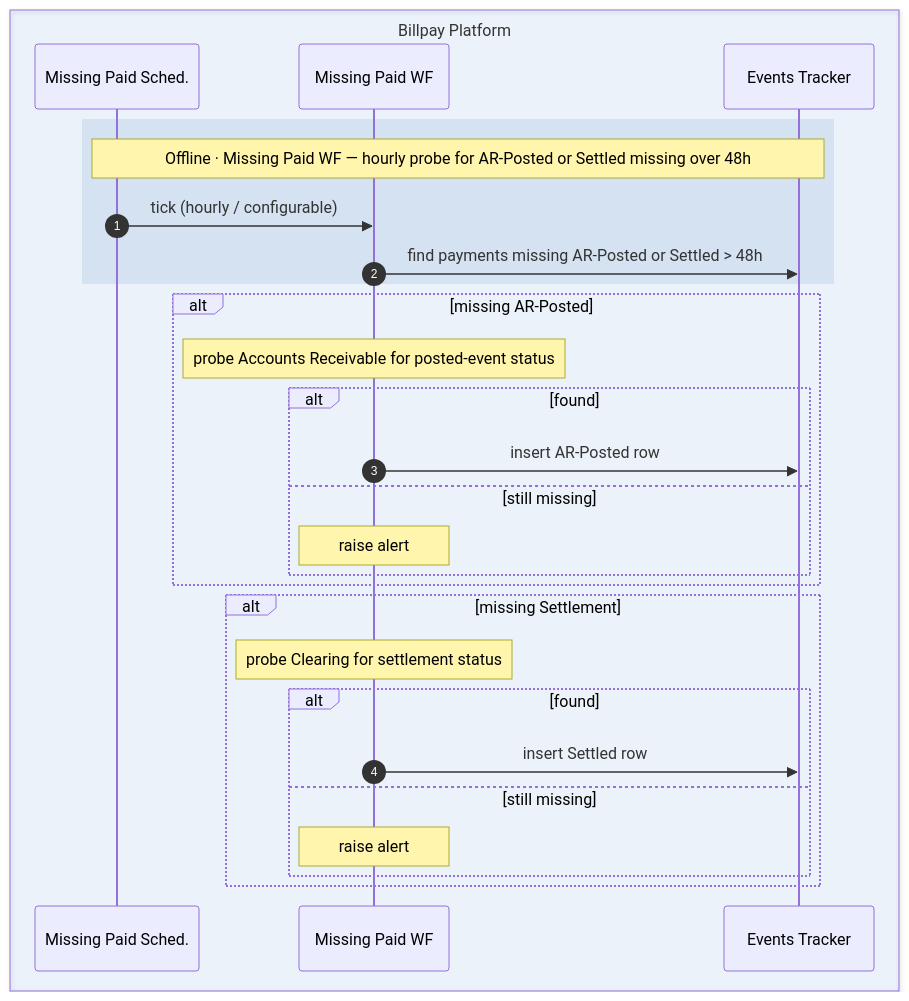
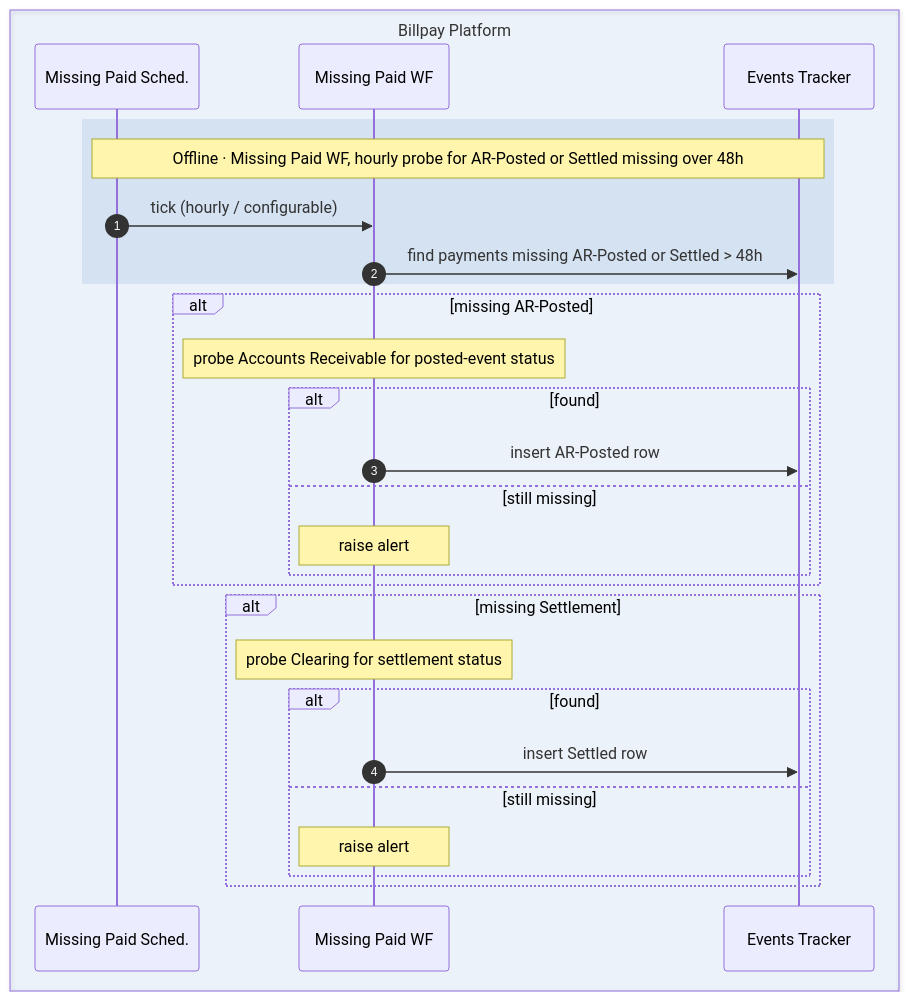
Before and after one commit to arunav-bhattacharya/billpay-book: diagram 11 of 12 in website/docs/design/diagrams/sequence-diagram.md, drawn with Mermaid. The commit also changed other lines of this file and 95 other files, not shown here.

````diff
--- a/website/docs/design/diagrams/sequence-diagram.md
+++ b/website/docs/design/diagrams/sequence-diagram.md
@@ -700,33 +700,33 @@
 ```mermaid
 sequenceDiagram
   autonumber
 
   box rgba(1,111,208,0.06) Billpay Platform
     participant SCH as Missing Paid Sched.
     participant MPE as Missing Paid WF
     participant TRK as Events Tracker
   end
 
   rect rgba(1,91,179,0.10)
-    Note over SCH,TRK: Offline · Missing Paid WF — hourly probe for AR-Posted or Settled missing over 48h
+    Note over SCH,TRK: Offline · Missing Paid WF, hourly probe for AR-Posted or Settled missing over 48h
     SCH->>MPE: tick (hourly / configurable)
     MPE->>TRK: find payments missing AR-Posted or Settled > 48h
   end
 
   alt missing AR-Posted
     Note over MPE: probe Accounts Receivable for posted-event status
     alt found
       MPE->>TRK: insert AR-Posted row
     else still missing
       Note over MPE: raise alert
     end
   end
   alt missing Settlement
     Note over MPE: probe Clearing for settlement status
     alt found
       MPE->>TRK: insert Settled row
     else still missing
       Note over MPE: raise alert
     end
   end
 ```
````
